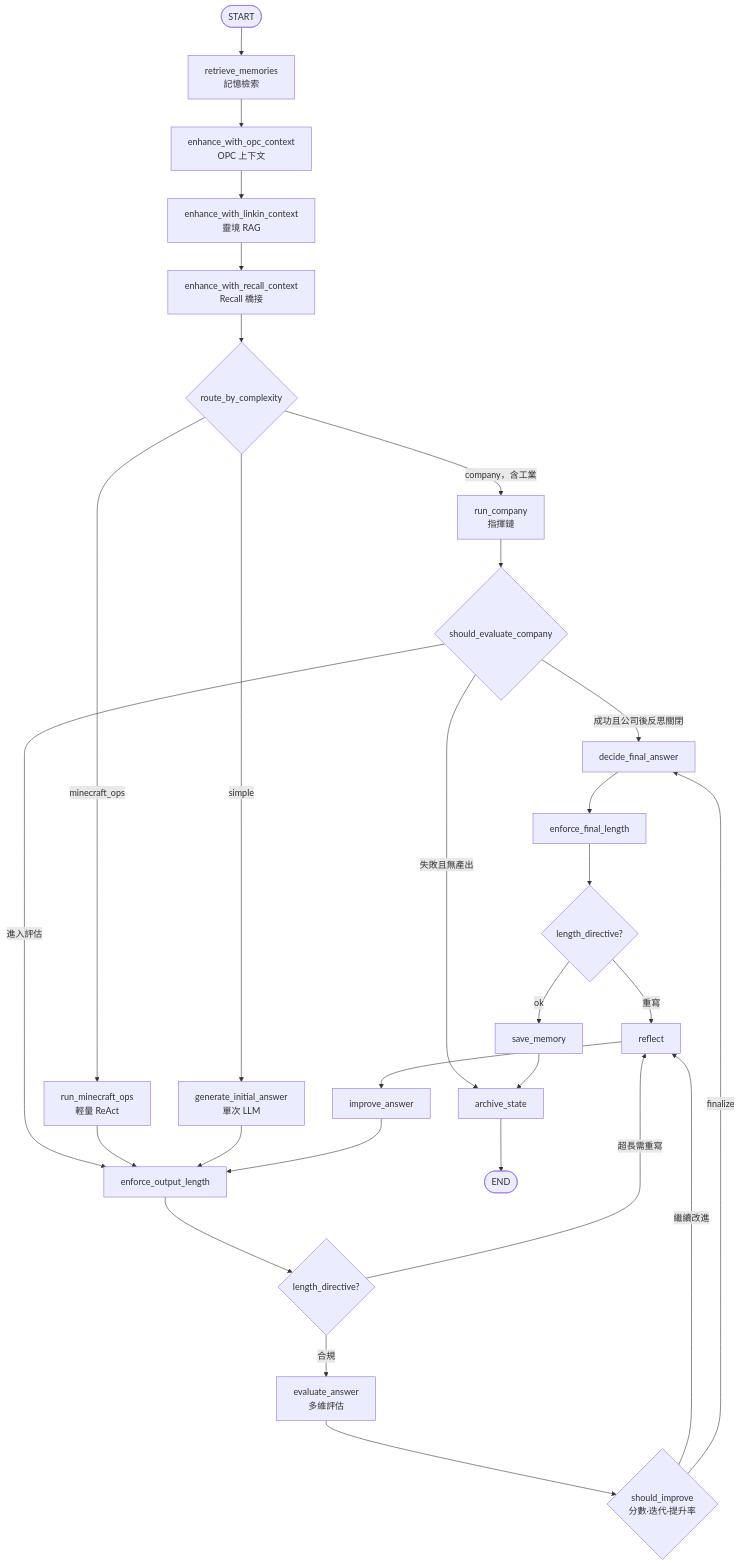
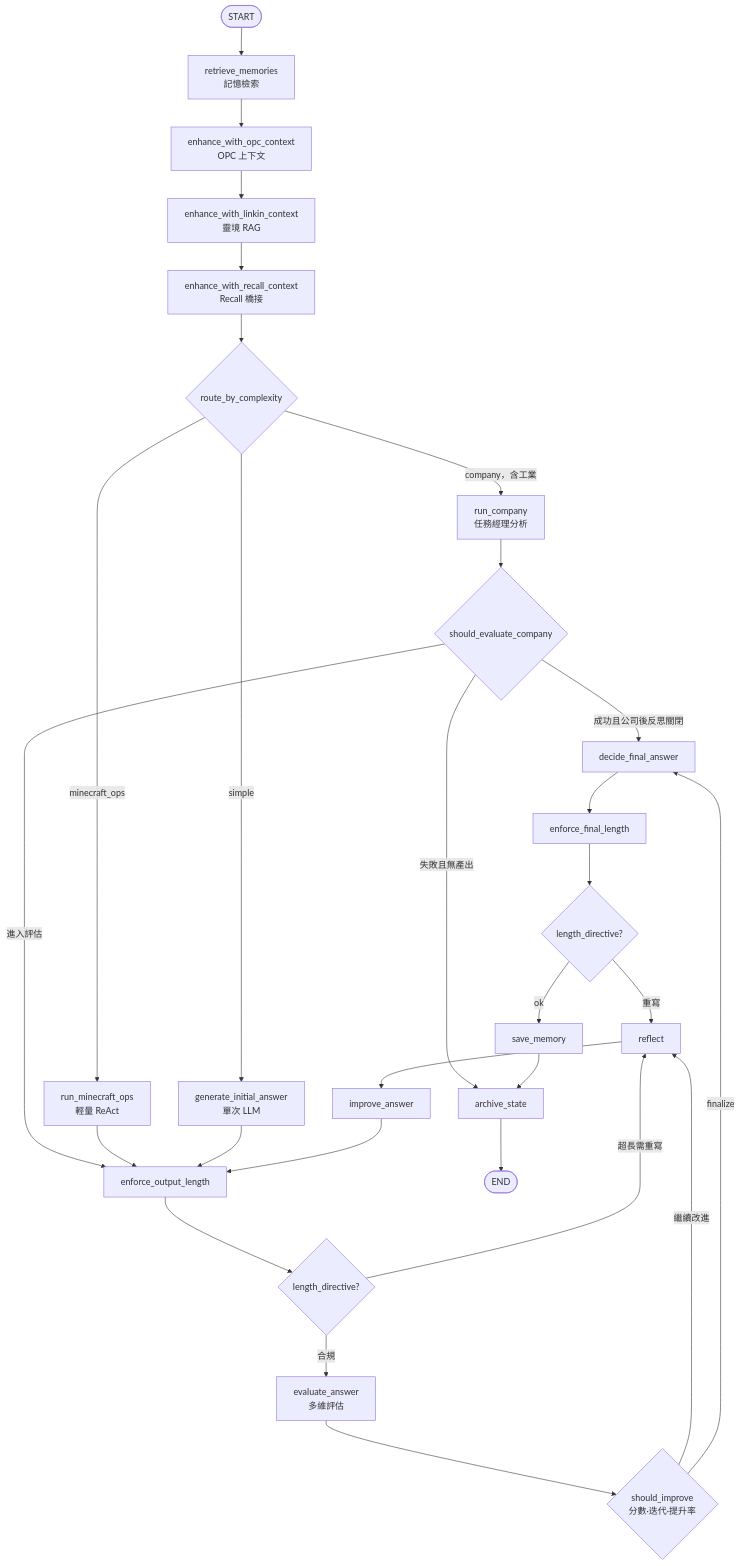
The fourth of 10 diagrams in docs/architecture/system-architecture-2026-09.md (iiooiioo888/Linkin), drawn with Mermaid before and after one commit. The commit also changed other lines of this file and 84 other files, not shown here.

````diff
--- a/docs/architecture/system-architecture-2026-09.md
+++ b/docs/architecture/system-architecture-2026-09.md
@@ -155,38 +155,38 @@
 ```mermaid
 flowchart TD
     START([START]) --> RM[retrieve_memories<br/>記憶檢索]
     RM --> OPC_CTX[enhance_with_opc_context<br/>OPC 上下文]
     OPC_CTX --> LINKIN_CTX[enhance_with_linkin_context<br/>靈境 RAG]
     LINKIN_CTX --> RECALL[enhance_with_recall_context<br/>Recall 橋接]
     RECALL --> ROUTE{route_by_complexity}
 
-    ROUTE -->|company，含工業| RC[run_company<br/>指揮鏈]
+    ROUTE -->|company，含工業| RC[run_company<br/>任務經理分析]
     ROUTE -->|minecraft_ops| MC[run_minecraft_ops<br/>輕量 ReAct]
     ROUTE -->|simple| GEN[generate_initial_answer<br/>單次 LLM]
 
     RC --> SEC{should_evaluate_company}
     SEC -->|成功且公司後反思關閉| DEC
     SEC -->|進入評估| EOL[enforce_output_length]
     SEC -->|失敗且無產出| ARCH
 
     MC --> EOL
     GEN --> EOL
 
     EOL --> LEN{length_directive?}
     LEN -->|超長需重寫| REFL
     LEN -->|合規| EVAL[evaluate_answer<br/>多維評估]
 
     EVAL --> IMP{should_improve<br/>分數·迭代·提升率}
     IMP -->|繼續改進| REFL[reflect]
     IMP -->|finalize| DEC[decide_final_answer]
 
     REFL --> IMPR[improve_answer]
     IMPR --> EOL
 
     DEC --> EFL[enforce_final_length]
     EFL --> LEN2{length_directive?}
     LEN2 -->|重寫| REFL
     LEN2 -->|ok| SAVE[save_memory]
     SAVE --> ARCH[archive_state]
     ARCH --> END([END])
 ```
````
